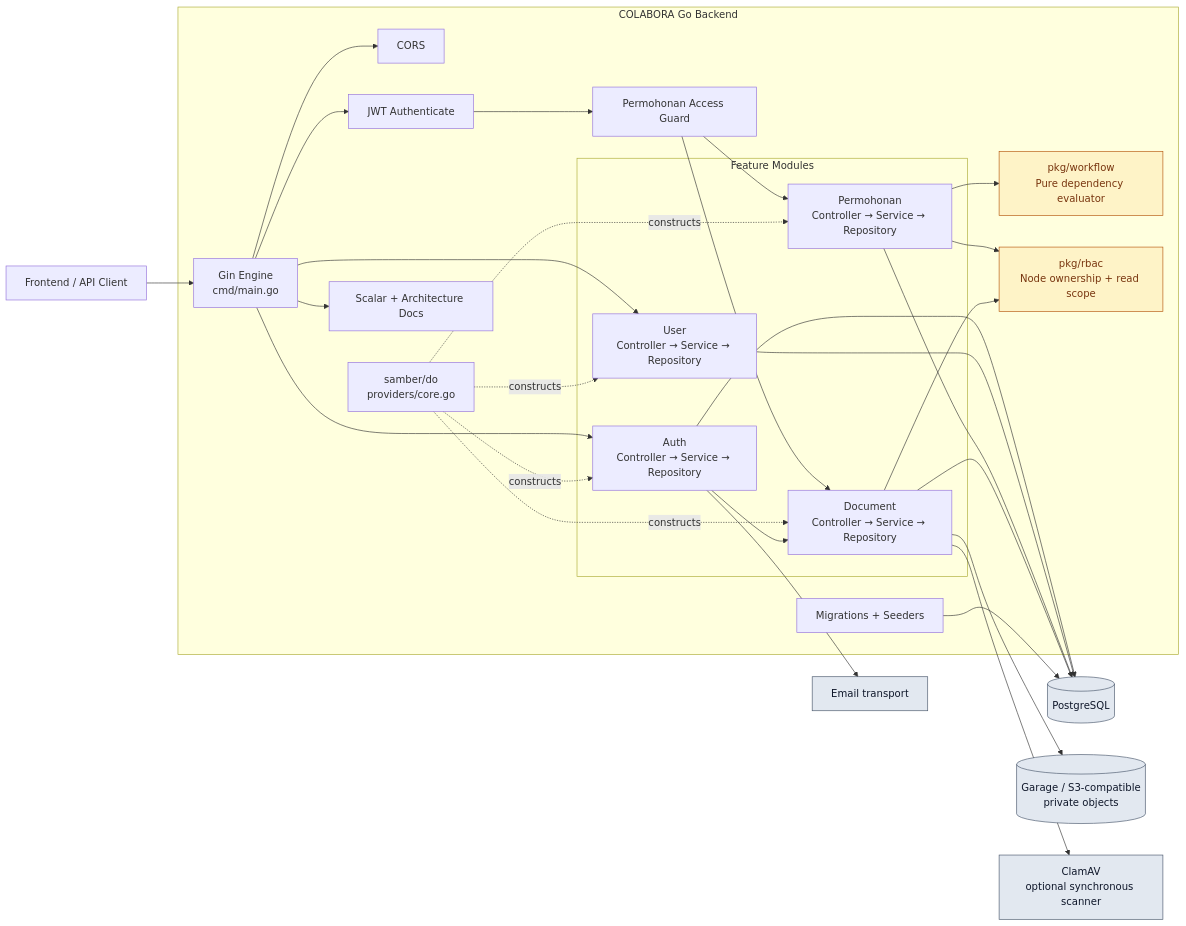
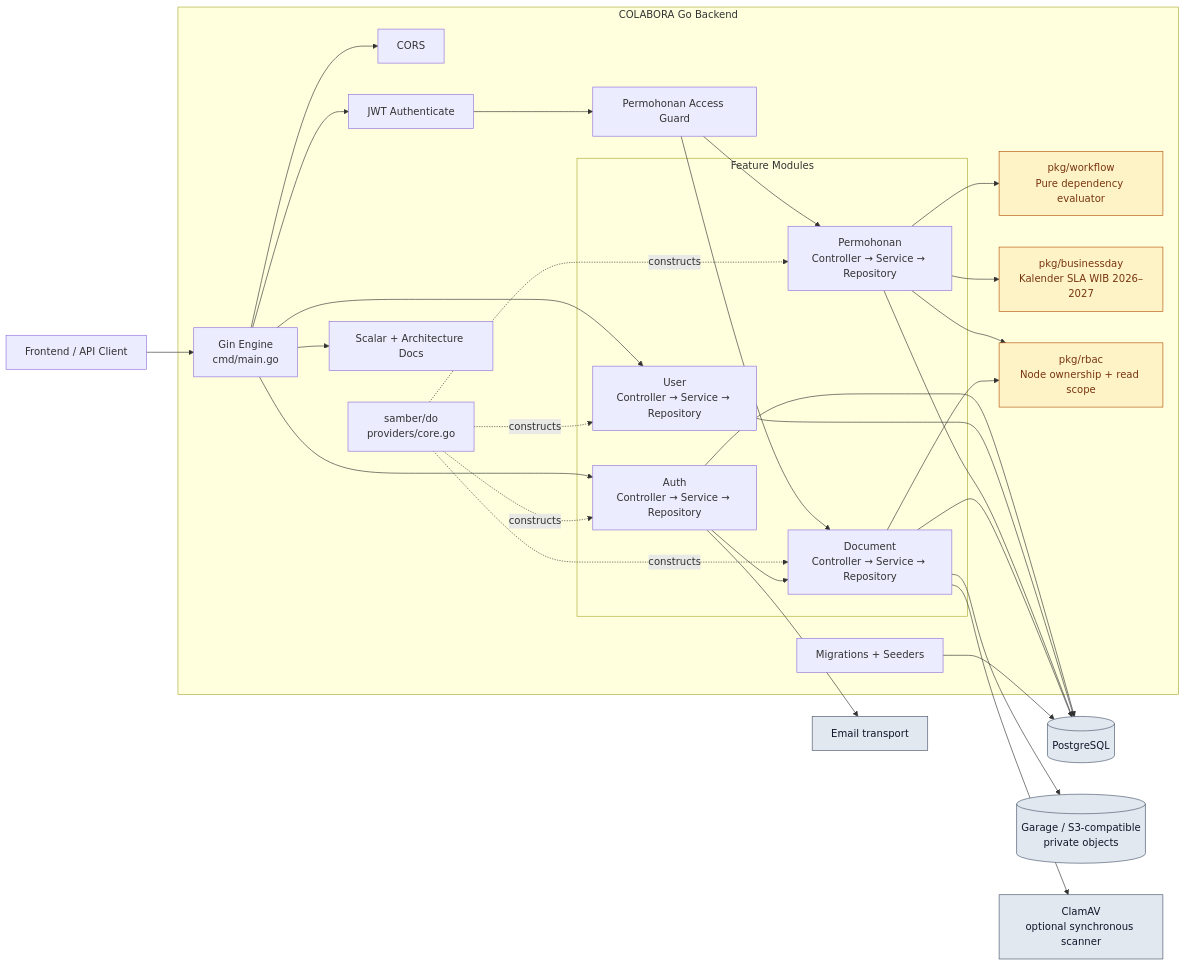
One commit to pln-colabora/colabora-be changed the diagram in docs/architecture/diagrams/07-components.md. Above: the diagram before and after it, drawn with Mermaid. The commit also changed other lines of this file and 12 other files, not shown here.

Commit message:
docs: synchronize architecture flowcharts with current workflow

````diff
--- a/docs/architecture/diagrams/07-components.md
+++ b/docs/architecture/diagrams/07-components.md
@@ -6,59 +6,61 @@
 ```mermaid
 flowchart LR
   client["Frontend / API Client"]
 
   subgraph APP["COLABORA Go Backend"]
     gin["Gin Engine<br/>cmd/main.go"]
     cors["CORS"]
     authmw["JWT Authenticate"]
     access["Permohonan Access Guard"]
 
     subgraph MODULES["Feature Modules"]
       auth["Auth<br/>Controller → Service → Repository"]
       user["User<br/>Controller → Service → Repository"]
       permohonan["Permohonan<br/>Controller → Service → Repository"]
       document["Document<br/>Controller → Service → Repository"]
     end
 
     workflow["pkg/workflow<br/>Pure dependency evaluator"]
+    businessday["pkg/businessday<br/>Kalender SLA WIB 2026–2027"]
     rbac["pkg/rbac<br/>Node ownership + read scope"]
     di["samber/do<br/>providers/core.go"]
     migrations["Migrations + Seeders"]
     docs["Scalar + Architecture Docs"]
   end
 
   postgres[("PostgreSQL")]
   garage[("Garage / S3-compatible<br/>private objects")]
   clamav["ClamAV<br/>optional synchronous scanner"]
   email["Email transport"]
 
   client --> gin
   gin --> cors
   gin --> authmw --> access
   gin --> auth
   gin --> user
   access --> permohonan
   access --> document
   gin --> docs
   di -. constructs .-> auth
   di -. constructs .-> user
   di -. constructs .-> permohonan
   di -. constructs .-> document
+  permohonan --> businessday
   permohonan --> workflow
   permohonan --> rbac
   document --> rbac
   auth --> postgres
   auth --> document
   user --> postgres
   permohonan --> postgres
   document --> postgres
   migrations --> postgres
   document --> clamav
   document --> garage
   auth --> email
 
   classDef domain fill:#fef3c7,stroke:#b45309,color:#78350f
   classDef infra fill:#e2e8f0,stroke:#475569,color:#0f172a
-  class workflow,rbac domain
+  class workflow,rbac,businessday domain
   class postgres,garage,clamav,email infra
 ```
````
